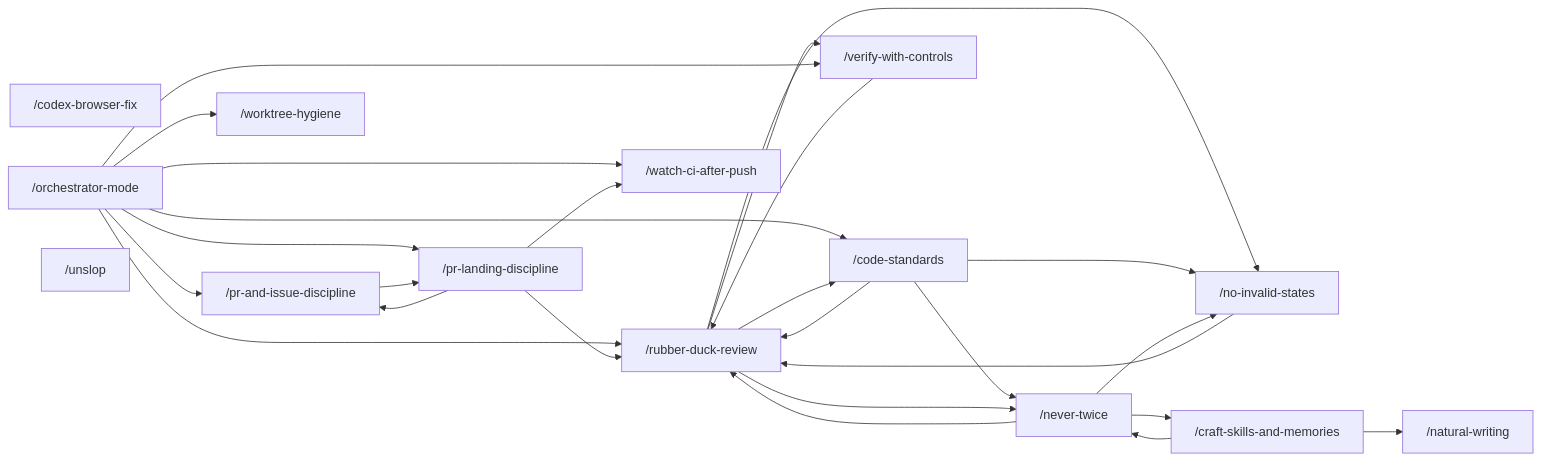
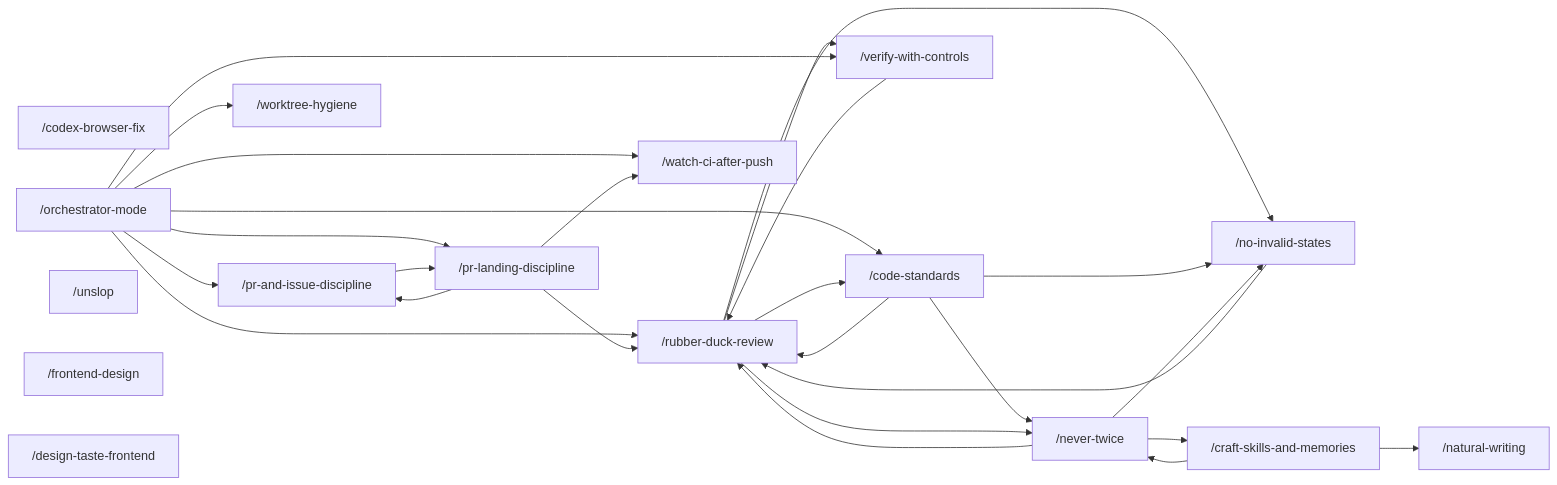
The diagram in README.md (Vivswan/skills), drawn with Mermaid before and after one commit. The commit also changed other lines of this file and 13 other files, not shown here.

Commit message:
feat(xeno): vendor frontend-design and design-taste-frontend, explicit-invocation copies with their license texts (#144)

````diff
--- a/README.md
+++ b/README.md
@@ -44,30 +46,32 @@
 ```mermaid
 graph LR
   cbf["/codex-browser-fix"]
   om["/orchestrator-mode"] --> rdr["/rubber-duck-review"]
   om --> wca["/watch-ci-after-push"]
   om --> cs["/code-standards"]
   om --> pid["/pr-and-issue-discipline"]
   om --> pld["/pr-landing-discipline"]
   om --> wh["/worktree-hygiene"]
   pid --> pld
   pld --> pid
   pld --> wca
   pld --> rdr
   cs --> rdr
   cs --> nt
   rdr --> cs
   rdr --> nis["/no-invalid-states"]
   rdr --> nt
   rdr --> vwc
   nis --> rdr
   cs --> nis
   nt["/never-twice"] --> rdr
   nt --> nis
   nt --> csm
   om --> vwc["/verify-with-controls"]
   vwc --> rdr
   csm["/craft-skills-and-memories"] --> nw["/natural-writing"]
   us["/unslop"]
+  fd["/frontend-design"]
+  dtf["/design-taste-frontend"]
   csm --> nt
 ```
````
